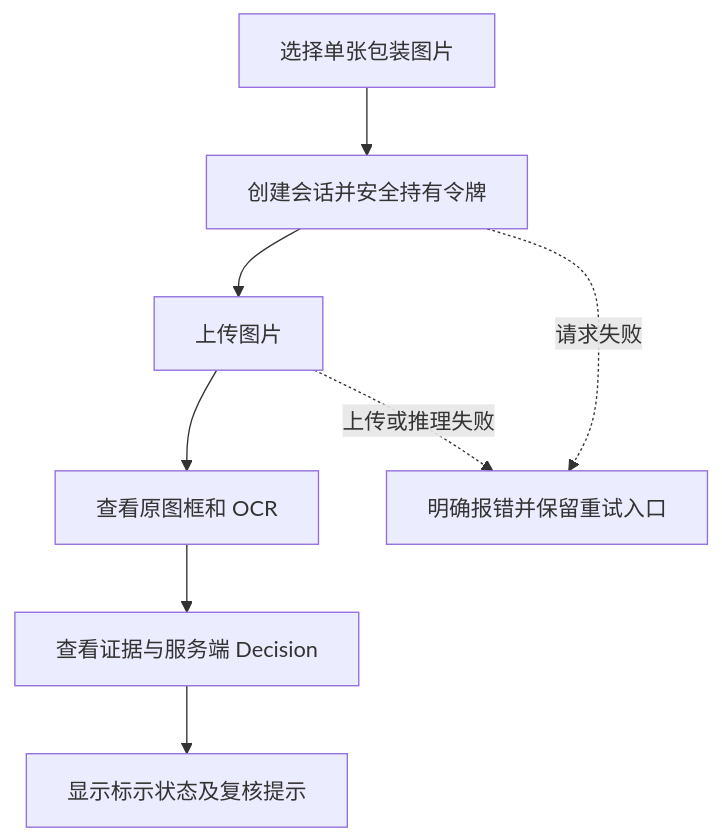
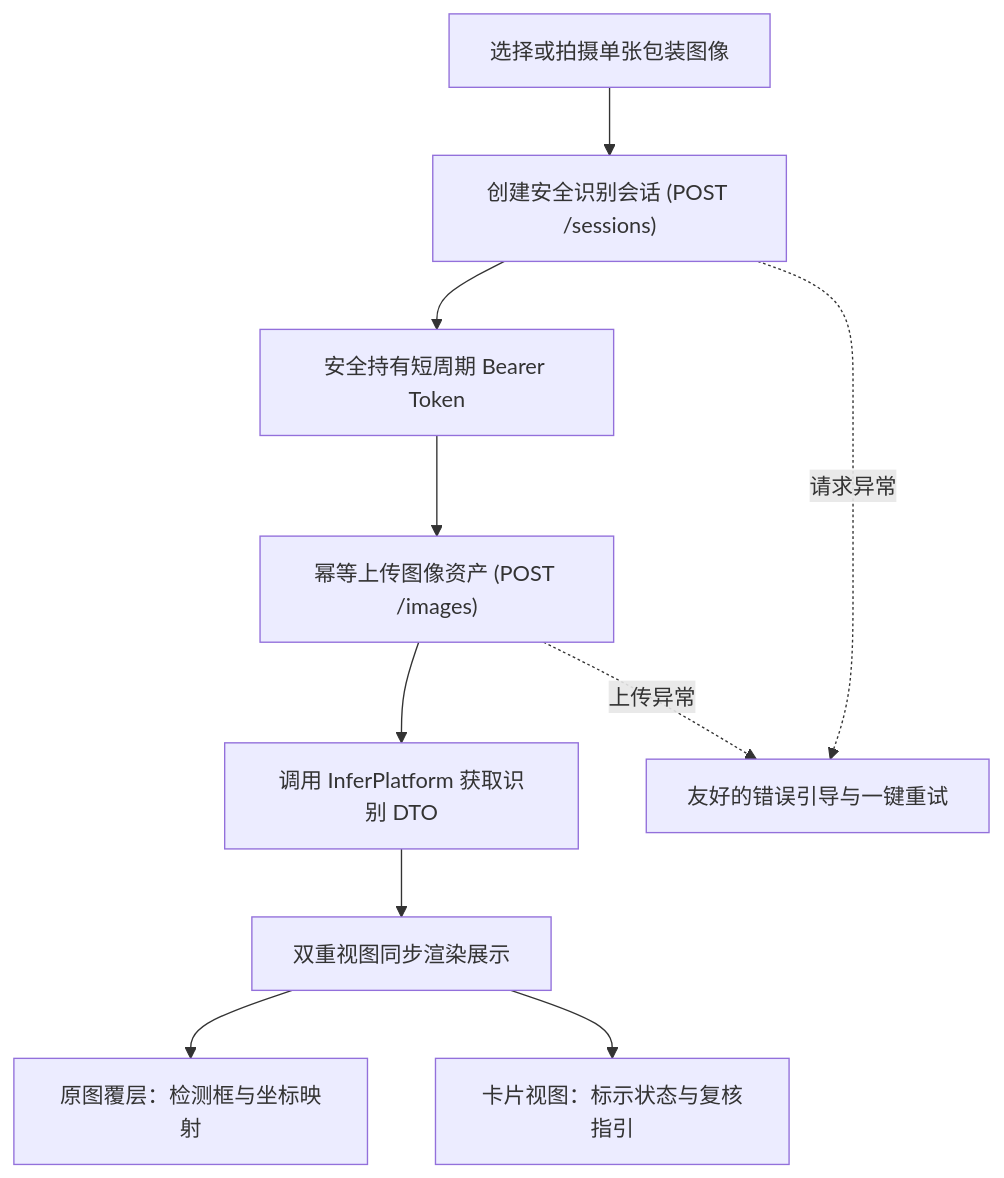
Before and after one commit to QingMouFoodDate/WebClient: the diagram in README.md, drawn with Mermaid. The commit also changed other lines of this file, not shown here.

Commit message:
📃 docs: 优化Web客户端语言风格与双重视图呈现

````diff
--- a/README.md
+++ b/README.md
@@ -21,10 +39,12 @@
 ```mermaid
 flowchart TD
-    A[选择单张包装图片] --> B[创建会话并安全持有令牌]
-    B --> C[上传图片]
-    C --> D[查看原图框和 OCR]
-    D --> E[查看证据与服务端 Decision]
-    E --> F[显示标示状态及复核提示]
-    B -.请求失败.-> G[明确报错并保留重试入口]
-    C -.上传或推理失败.-> G
+    A["选择或拍摄单张包装图像"] --> B["创建安全识别会话 (POST /sessions)"]
+    B --> C["安全持有短周期 Bearer Token"]
+    C --> D["幂等上传图像资产 (POST /images)"]
+    D --> E["调用 InferPlatform 获取识别 DTO"]
+    E --> F["双重视图同步渲染展示"]
+    F --> G["原图覆层：检测框与坐标映射"]
+    F --> H["卡片视图：标示状态与复核指引"]
+    B -.请求异常.-> I["友好的错误引导与一键重试"]
+    D -.上传异常.-> I
 ```
````
